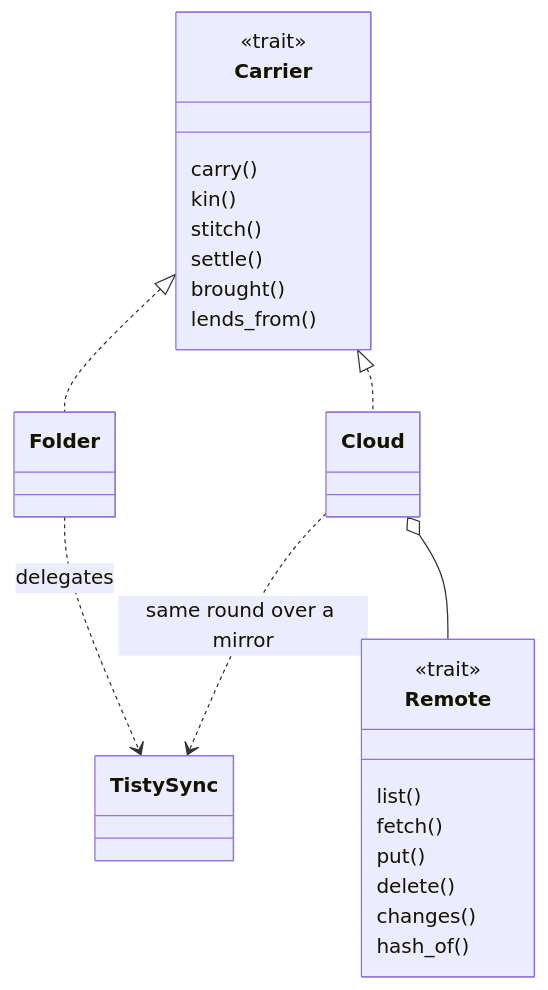
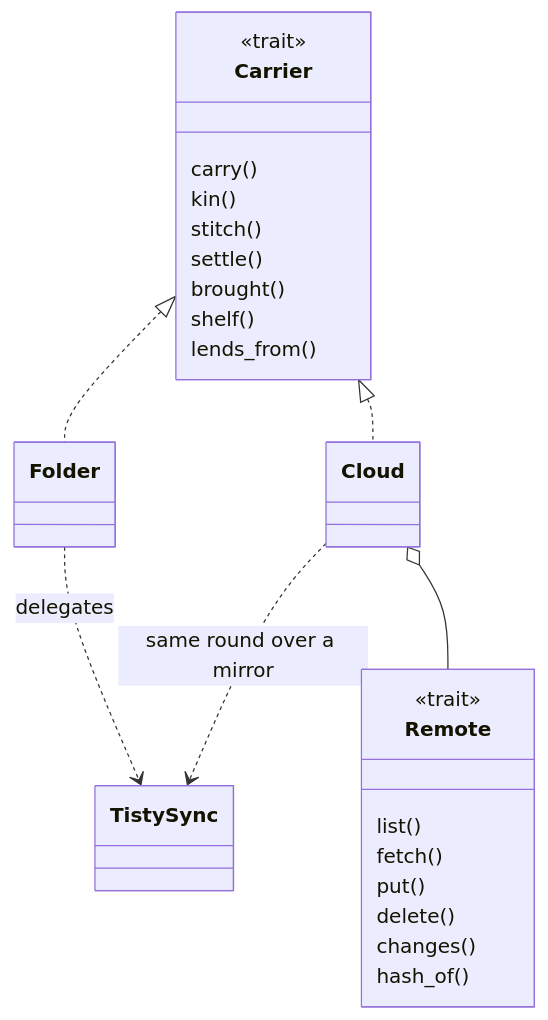
The seventh of 10 diagrams in docs/ARCHITECTURE.md (rgdevment/Tisty), drawn with Mermaid before and after one commit. The commit also changed other lines of this file and 6 other files, not shown here.

````diff
--- a/docs/ARCHITECTURE.md
+++ b/docs/ARCHITECTURE.md
@@ -732,29 +732,30 @@
 ```mermaid
 classDiagram
   class Carrier {
     <<trait>>
     carry()
     kin()
     stitch()
     settle()
     brought()
+    shelf()
     lends_from()
   }
   class Folder
   class Cloud
   class Remote {
     <<trait>>
     list()
     fetch()
     put()
     delete()
     changes()
     hash_of()
   }
   class TistySync
   Carrier <|.. Folder
   Carrier <|.. Cloud
   Cloud o-- Remote
   Folder ..> TistySync : delegates
   Cloud ..> TistySync : same round over a mirror
 ```
````
